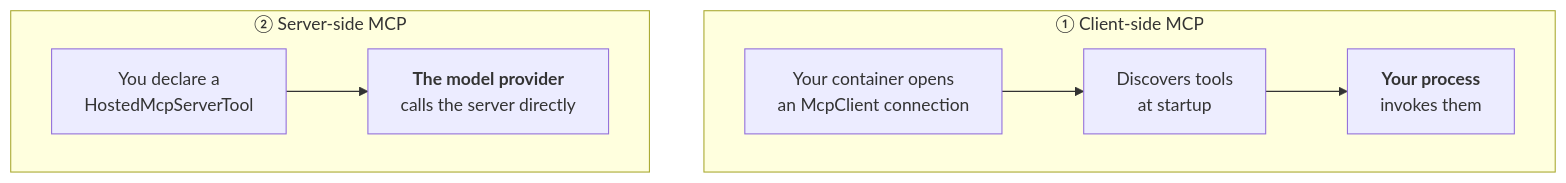
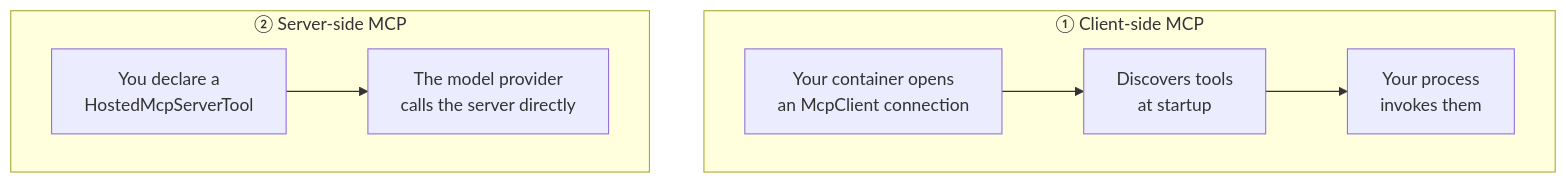
Before and after one commit to shinyay/getting-started-with-foundry-toolkit: the diagram in samples/csharp/03-mcp-toolbox/README.md, drawn with Mermaid. The commit also changed other lines of this file and 67 other files, not shown here.

````diff
--- a/samples/csharp/03-mcp-toolbox/README.md
+++ b/samples/csharp/03-mcp-toolbox/README.md
@@ -21,9 +27,9 @@
 ```mermaid
 flowchart TB
     subgraph A["① Client-side MCP"]
-        A1["Your container opens<br/>an McpClient connection"] --> A2["Discovers tools<br/>at startup"] --> A3["<b>Your process</b><br/>invokes them"]
+        A1["Your container opens<br/>an McpClient connection"] --> A2["Discovers tools<br/>at startup"] --> A3["Your process<br/>invokes them"]
     end
     subgraph B["② Server-side MCP"]
-        B1["You declare a<br/>HostedMcpServerTool"] --> B2["<b>The model provider</b><br/>calls the server directly"]
+        B1["You declare a<br/>HostedMcpServerTool"] --> B2["The model provider<br/>calls the server directly"]
     end
 ```
````
